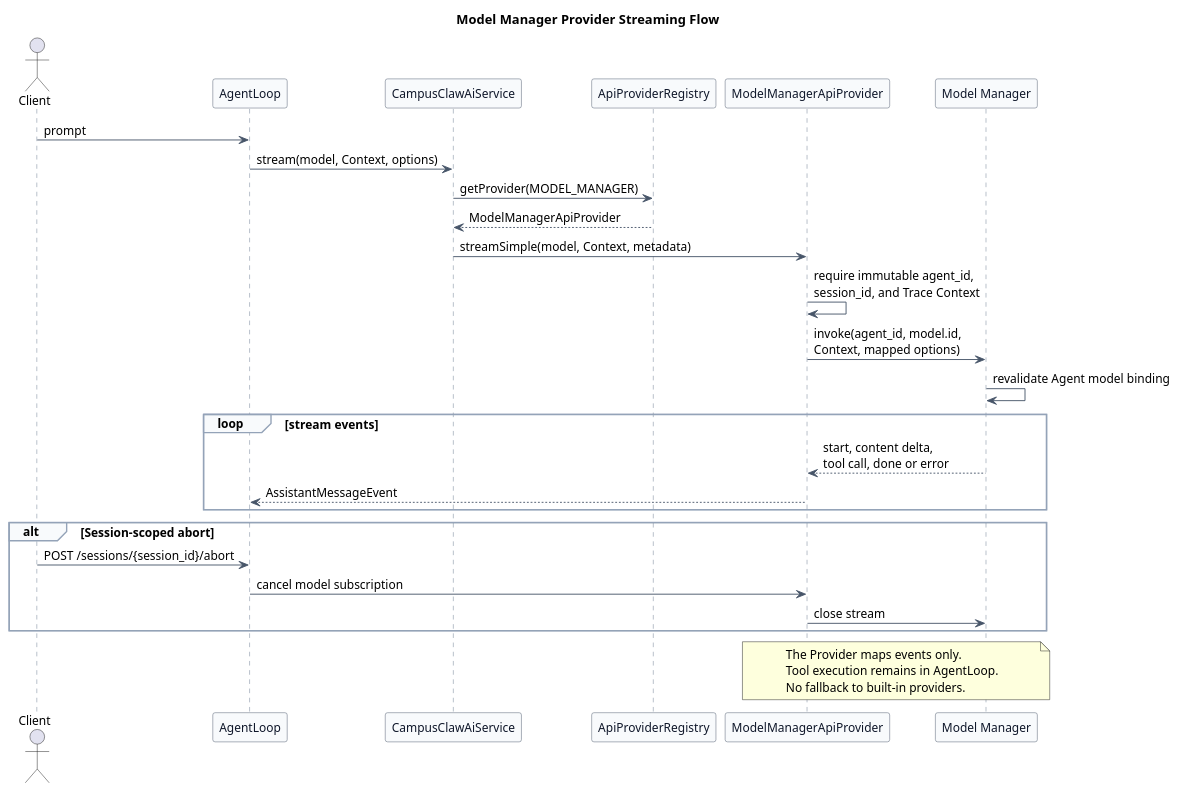
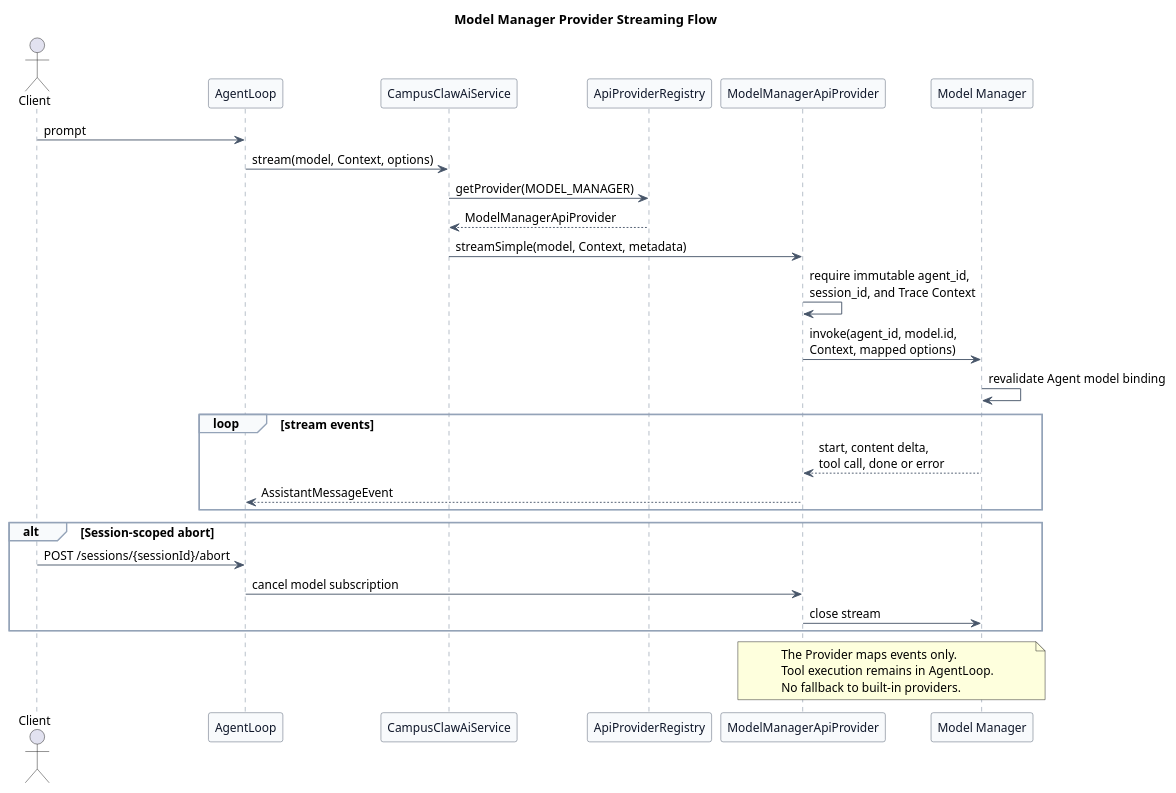
One commit to ssm0808/pi-mono-java-design changed the diagram in pi-mono-java-manager-driven-multi-agent-runtime/diagrams/model-manager/diagram.puml. Above: the diagram before and after it, drawn with PlantUML. The commit also changed 35 other files, not shown here.

```diff
--- a/pi-mono-java-manager-driven-multi-agent-runtime/diagrams/model-manager/diagram.puml
+++ b/pi-mono-java-manager-driven-multi-agent-runtime/diagrams/model-manager/diagram.puml
@@ -1,63 +1,63 @@
 @startuml model_manager_streaming_flow
 title Model Manager Provider Streaming Flow
 
 ' Source evidence:
 ' pi-mono packages/ai/src/types.ts: Model, Context, AssistantMessageEvent
 ' pi-mono-java modules/ai/src/main/java/com/campusclaw/ai/provider/ApiProvider.java: ApiProvider
 ' pi-mono-java modules/ai/src/main/java/com/campusclaw/ai/provider/ApiProviderRegistry.java: ApiProviderRegistry
 ' pi-mono-java modules/ai/src/main/java/com/campusclaw/ai/types/SimpleStreamOptions.java: metadata
 ' pi-mono-java modules/ai/src/main/java/com/campusclaw/ai/stream/AssistantMessageEvent.java: event records
 ' Observed behavior: Java dispatches by Model.api to a Spring-discovered ApiProvider.
 ' Architecture change: one MODEL_MANAGER Api routes every managed model through Model Manager.
 ' Design reason: model_id selects the model while agent_id authorizes it for the current Agent.
 
 skinparam backgroundColor #FFFFFF
 skinparam shadowing false
 skinparam defaultFontName Arial
 skinparam defaultFontSize 13
 skinparam participant {
   BackgroundColor #F8FAFC
   BorderColor #475569
   FontColor #0F172A
 }
 skinparam ArrowColor #475569
 skinparam sequence {
   LifeLineBorderColor #64748B
   LifeLineBackgroundColor #F8FAFC
   GroupBorderColor #94A3B8
   GroupBackgroundColor #F8FAFC
 }
 
 actor Client
 participant "AgentLoop" as Loop
 participant "CampusClawAiService" as AiService
 participant "ApiProviderRegistry" as Registry
 participant "ModelManagerApiProvider" as Provider
 participant "Model Manager" as ModelManager
 
 Client -> Loop : prompt
 Loop -> AiService : stream(model, Context, options)
 AiService -> Registry : getProvider(MODEL_MANAGER)
 Registry --> AiService : ModelManagerApiProvider
 AiService -> Provider : streamSimple(model, Context, metadata)
 Provider -> Provider : require immutable agent_id,\nsession_id, and Trace Context
 Provider -> ModelManager : invoke(agent_id, model.id,\nContext, mapped options)
 ModelManager -> ModelManager : revalidate Agent model binding
 
 loop stream events
   ModelManager --> Provider : start, content delta,\ntool call, done or error
   Provider --> Loop : AssistantMessageEvent
 end
 
 alt Session-scoped abort
-  Client -> Loop : POST /sessions/{session_id}/abort
+  Client -> Loop : POST /sessions/{sessionId}/abort
   Loop -> Provider : cancel model subscription
   Provider -> ModelManager : close stream
 end
 
 note over Provider,ModelManager
 The Provider maps events only.
 Tool execution remains in AgentLoop.
 No fallback to built-in providers.
 end note
 @enduml
```
